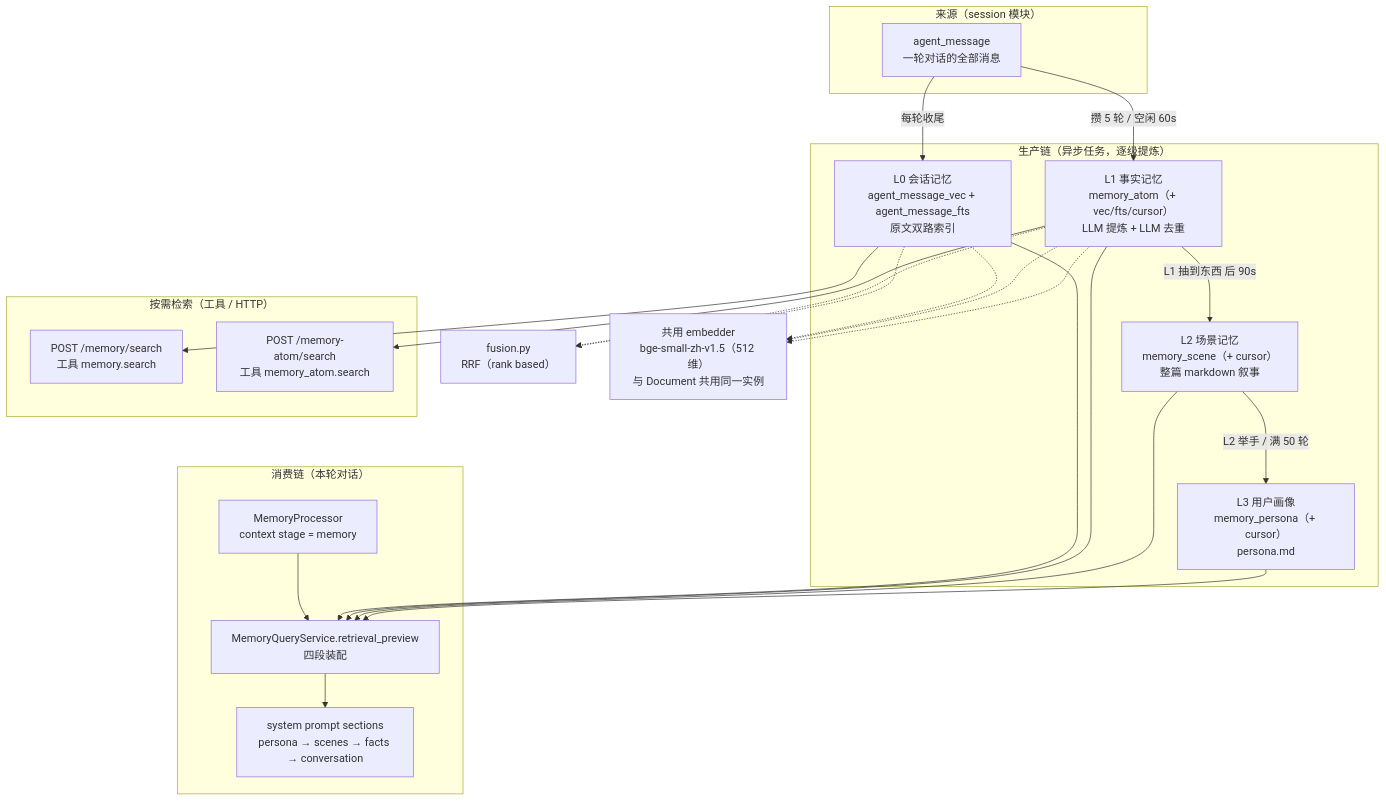
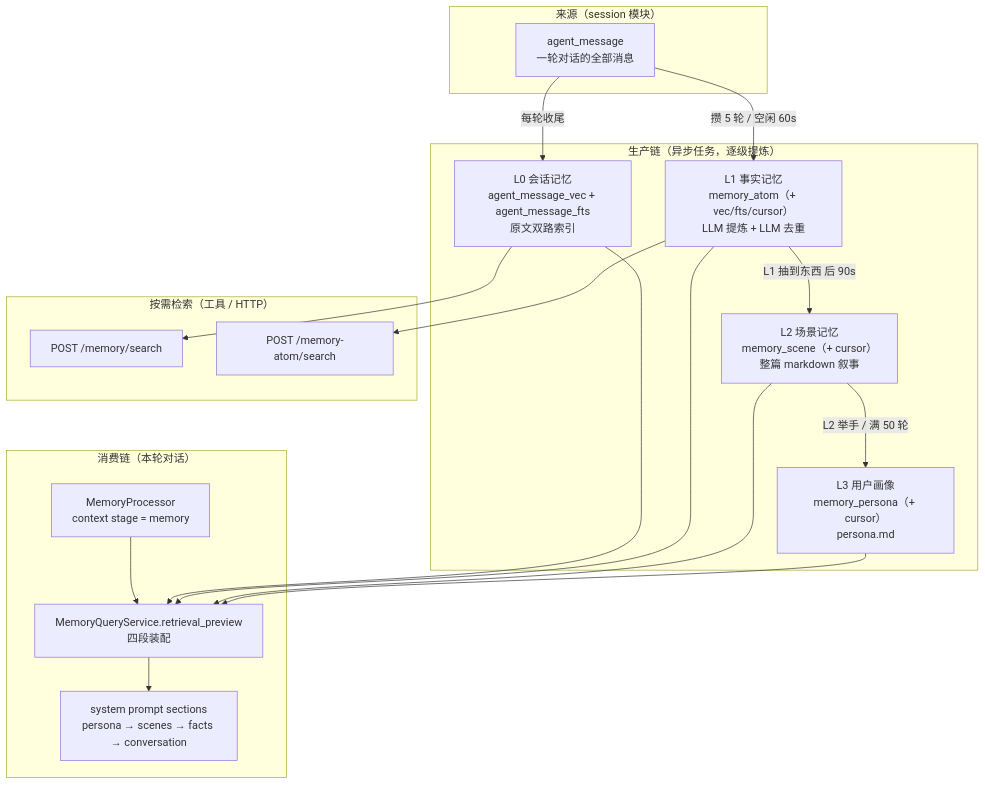
Before and after one commit to wenbyin/YTraderHarness: the diagram in README_MEMORY.md, drawn with Mermaid. The commit also changed other lines of this file and 10 other files, not shown here.

````diff
--- a/README_MEMORY.md
+++ b/README_MEMORY.md
@@ -62,47 +44,38 @@
 ```mermaid
 flowchart TB
     subgraph SRC["来源（session 模块）"]
         AM["agent_message<br/>一轮对话的全部消息"]
     end
 
     subgraph PROD["生产链（异步任务，逐级提炼）"]
         L0["L0 会话记忆<br/>agent_message_vec + agent_message_fts<br/>原文双路索引"]
         L1["L1 事实记忆<br/>memory_atom（+ vec/fts/cursor）<br/>LLM 提炼 + LLM 去重"]
         L2["L2 场景记忆<br/>memory_scene（+ cursor）<br/>整篇 markdown 叙事"]
         L3["L3 用户画像<br/>memory_persona（+ cursor）<br/>persona.md"]
     end
 
     subgraph CONS["消费链（本轮对话）"]
         MP["MemoryProcessor<br/>context stage = memory"]
         RP["MemoryQueryService.retrieval_preview<br/>四段装配"]
         SEC["system prompt sections<br/>persona → scenes → facts → conversation"]
     end
 
     subgraph RETR["按需检索（工具 / HTTP）"]
-        S0["POST /memory/search<br/>工具 memory.search"]
-        S1["POST /memory-atom/search<br/>工具 memory_atom.search"]
+        S0["POST /memory/search"]
+        S1["POST /memory-atom/search"]
     end
 
     AM -->|"每轮收尾"| L0
     AM -->|"攒 5 轮 / 空闲 60s"| L1
     L1 -->|"L1 抽到东西 后 90s"| L2
     L2 -->|"L2 举手 / 满 50 轮"| L3
 
     L0 --> S0
     L1 --> S1
     MP --> RP
     L0 --> RP
     L1 --> RP
     L2 --> RP
     L3 --> RP
     RP --> SEC
-
-    FUSE["fusion.py<br/>RRF（rank based）"]
-    L1 -.-> FUSE
-    L0 -.-> FUSE
-
-    EMB["共用 embedder<br/>bge-small-zh-v1.5（512 维）<br/>与 Document 共用同一实例"]
-    L0 -.-> EMB
-    L1 -.-> EMB
-    L1 -.-> EMB
 ```
````
